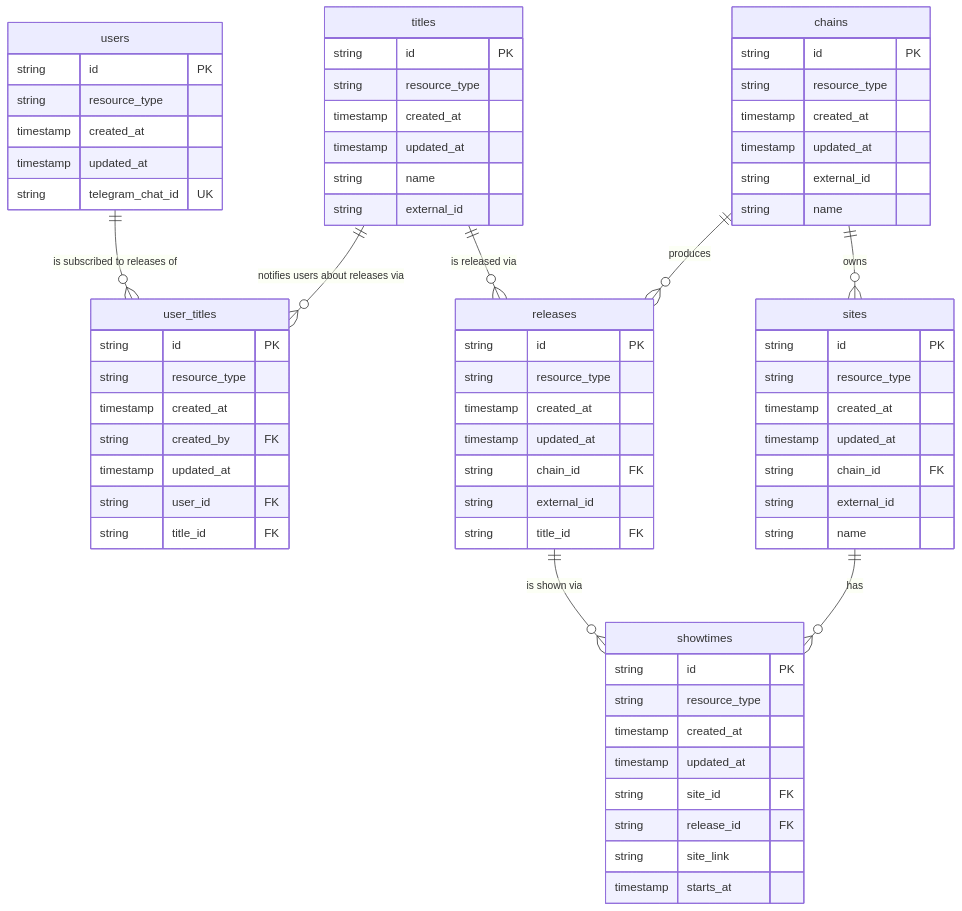
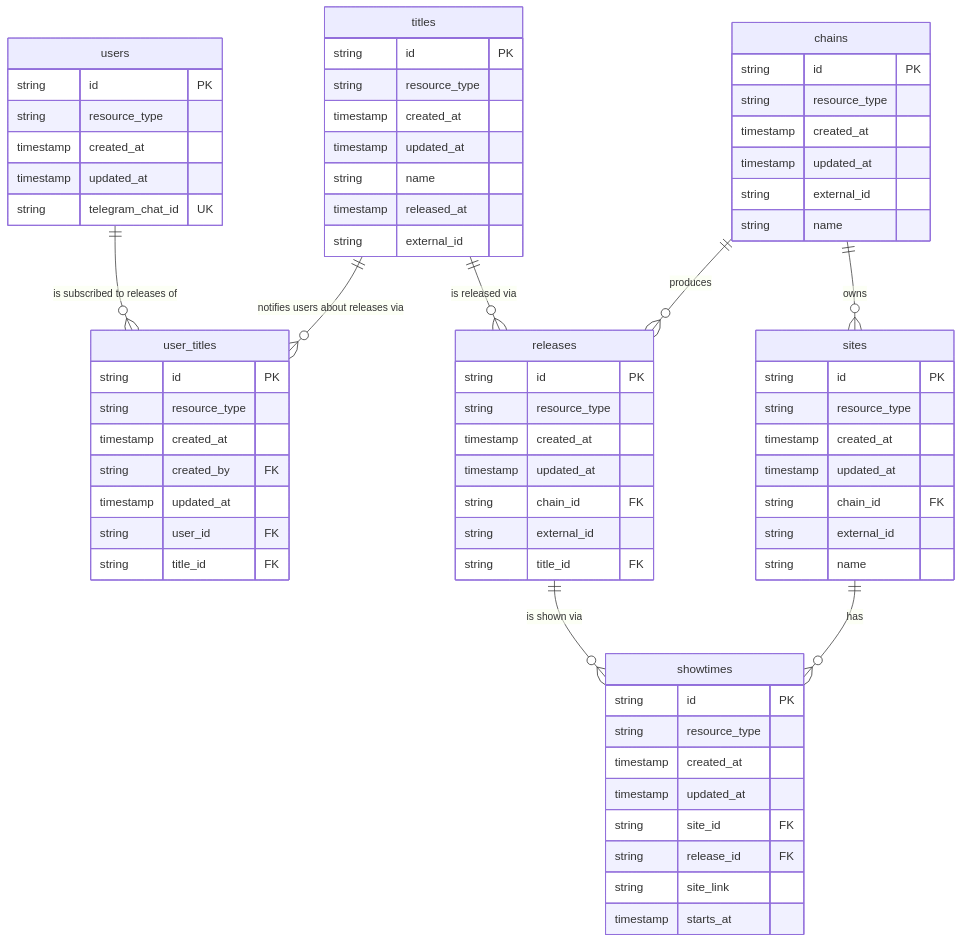
One commit to vorant94/the-repo changed the diagram in apps/sofash/docs/erd.mmd. Above: the diagram before and after it, drawn with Mermaid. The commit also changed 16 other files, not shown here.

```diff
--- a/apps/sofash/docs/erd.mmd
+++ b/apps/sofash/docs/erd.mmd
@@ -1,88 +1,89 @@
 erDiagram
 	users {
 		string		id PK
 		string		resource_type
 		timestamp	created_at
 		timestamp	updated_at
 
 		string 		telegram_chat_id UK
 	}
 
 	user_titles {
 		string 		id PK
 		string		resource_type
 		timestamp	created_at
 		string		created_by FK
 		timestamp	updated_at
 
 		string 		user_id FK
 		string 		title_id FK
 	}
 
 	chains {
 		string		id PK
 		string		resource_type
 		timestamp	created_at
 		timestamp	updated_at
 
     string    external_id
 
 		string		name
 	}
 
 	sites {
 		string		id PK
 		string		resource_type
 		timestamp	created_at
 		timestamp	updated_at
 
 		string		chain_id FK
     string    external_id
 
 		string		name
 	}
 
 	releases {
 		string		id PK
 		string		resource_type
 		timestamp	created_at
 		timestamp	updated_at
 
     string		chain_id FK
     string		external_id
     string    title_id FK
 	}
 
 	showtimes {
 		string		id PK
 		string		resource_type
 		timestamp	created_at
 		timestamp	updated_at
 
 		string		site_id FK
 		string		release_id FK
 
 		string		site_link
 		timestamp	starts_at
 	}
 
 	titles {
 		string		id PK
 		string		resource_type
 		timestamp	created_at
 		timestamp	updated_at
 
 		string		name
-    string		external_id
+		timestamp	released_at
+		string		external_id
 	}
 
 	titles ||--o{ releases : "is released via"
 
 	users ||--o{ user_titles : "is subscribed to releases of"
 	titles ||--o{ user_titles : "notifies users about releases via"
 
 	chains ||--o{ sites : "owns"
 	chains ||--o{ releases : "produces"
 
 	sites ||--o{ showtimes : "has"
 	releases ||--o{ showtimes : "is shown via"
```
